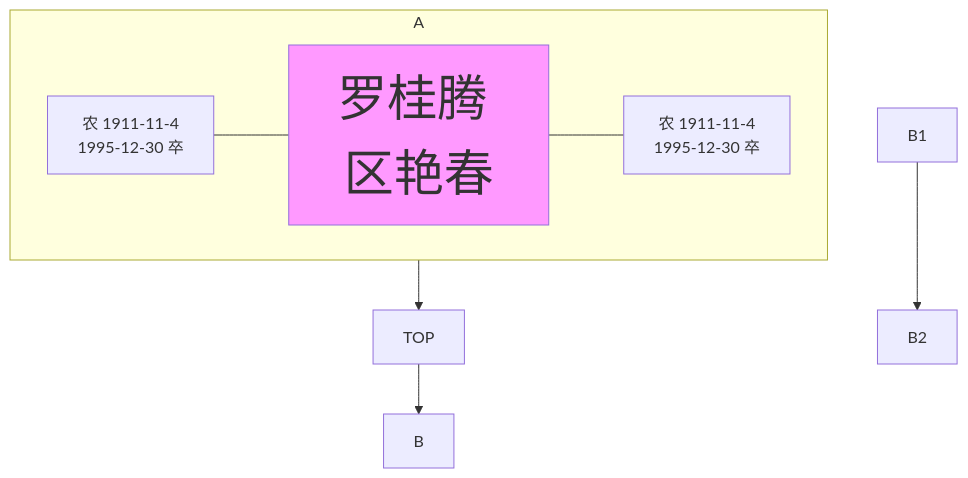
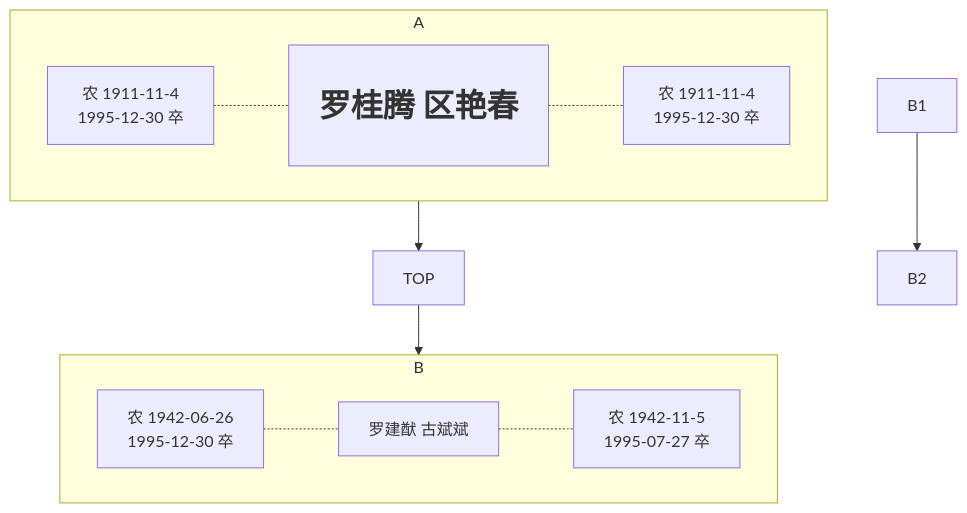
One commit to ecevan/ecevan changed the diagram in README.md. Above: the diagram before and after it, drawn with Mermaid.

````diff
--- a/README.md
+++ b/README.md
@@ -1,10 +1,14 @@
 ``` mermaid
 flowchart TD
   subgraph A
     direction LR
-    LGT_life[农 1911-11-4 <br> 1995-12-30 卒] --- start[罗桂腾 区艳春] --- OYC_life[农 1911-11-4 <br> 1995-12-30 卒]
-    style start fill:#f9f, font-size: 50px;
+    LGT_life[农 1911-11-4 <br> 1995-12-30 卒] -.- gen_1[<h1>罗桂腾 区艳春</h1>] -.- OYC_life[农 1911-11-4 <br> 1995-12-30 卒];
   end
+  subgraph B
+    direction LR
+    LJY_life[农 1942-06-26 <br> 1995-12-30 卒] -.- gen_2[罗建猷 古斌斌] -.- GBB_life[农 1942-11-5 <br> 1995-07-27 卒];
+  end
+
   A --> TOP --> B
   B1 --> B2
 ```
````
